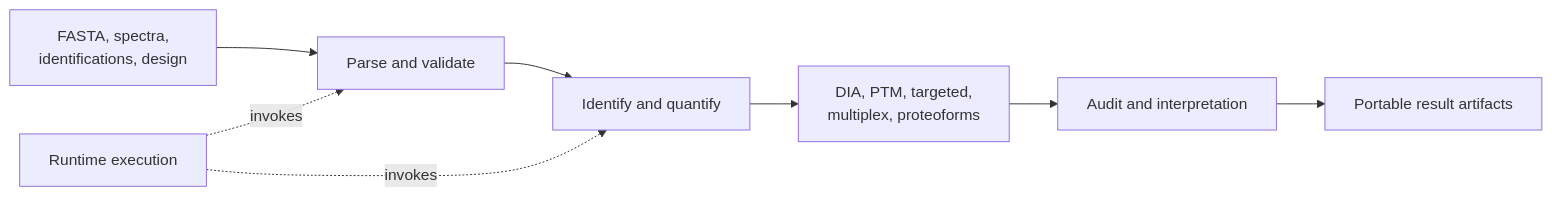
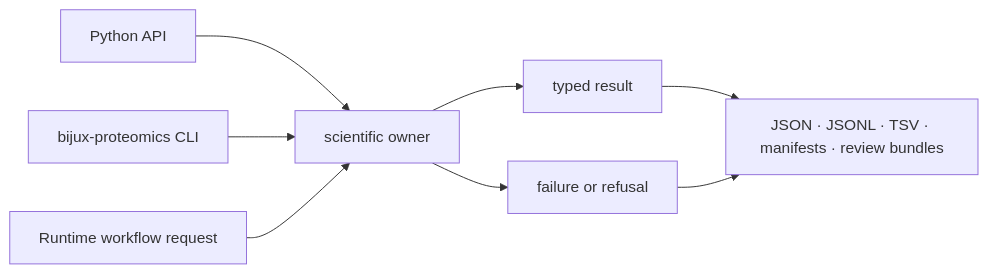
One commit to bijux/bijux-proteomics changed the diagram in docs/04-bijux-proteomics-core/interfaces/index.md. Above: the diagram before and after it, drawn with Mermaid. The commit also changed other lines of this file and 3 other files, not shown here.

Commit message:
docs(core): expose scientific workflow review paths

````diff
--- a/docs/04-bijux-proteomics-core/interfaces/index.md
+++ b/docs/04-bijux-proteomics-core/interfaces/index.md
@@ -18,14 +17,10 @@
 ```mermaid
 flowchart LR
-    inputs["FASTA, spectra,<br/>identifications, design"]
-    intake["Parse and validate"]
-    analysis["Identify and quantify"]
-    specialized["DIA, PTM, targeted,<br/>multiplex, proteoforms"]
-    review["Audit and interpretation"]
-    artifacts["Portable result artifacts"]
-    runtime["Runtime execution"]
-
-    inputs --> intake --> analysis --> specialized --> review --> artifacts
-    runtime -. invokes .-> intake
-    runtime -. invokes .-> analysis
+    P["Python API"] --> C["scientific owner"]
+    L["bijux-proteomics CLI"] --> C
+    R["Runtime workflow request"] --> C
+    C --> O["typed result"]
+    C --> F["failure or refusal"]
+    O --> A["JSON · JSONL · TSV · manifests · review bundles"]
+    F --> A
 ```
````
